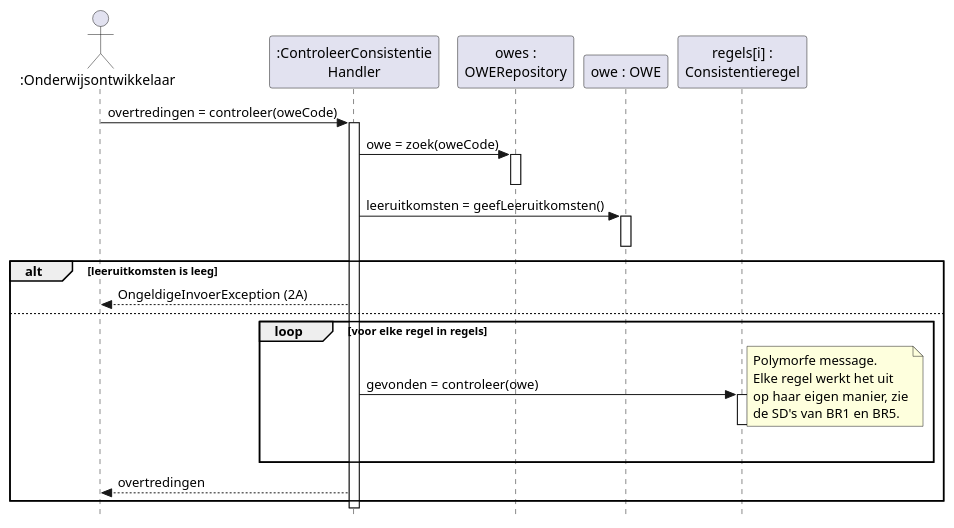
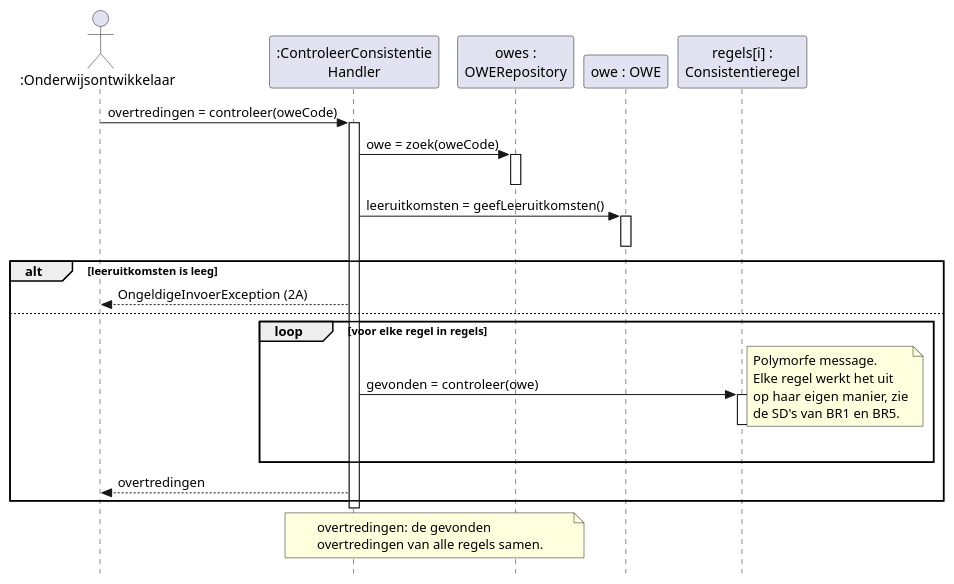
Before and after one commit to HAN-Craftsmanship-KL-JJG/casus: the diagram in docs/diagrams/sd-uc05-controleer.puml, drawn with PlantUML. The commit also changed 5 other files, not shown here.

First line of the commit message:
docs: fix gaps between sequence diagrams and use cases

```diff
--- a/docs/diagrams/sd-uc05-controleer.puml
+++ b/docs/diagrams/sd-uc05-controleer.puml
@@ -1,40 +1,44 @@
 @startuml sd-uc05-controleer
 ' Sequence diagram van systeemoperatie controleer (UC05, stap 1 tot en met 3).
 ' Toelichting: docs/sequencediagrammen.md
 skinparam style strictuml
 skinparam shadowing false
 skinparam defaultFontName Helvetica
 hide footbox
 
 actor ":Onderwijsontwikkelaar" as ontwikkelaar
 participant ":ControleerConsistentie\nHandler" as handler
 participant "owes :\nOWERepository" as owes
 participant "owe : OWE" as owe
 participant "regels[i] :\nConsistentieregel" as regel
 
 ontwikkelaar -> handler : overtredingen = controleer(oweCode)
 activate handler
 handler -> owes : owe = zoek(oweCode)
 activate owes
 deactivate owes
 handler -> owe : leeruitkomsten = geefLeeruitkomsten()
 activate owe
 deactivate owe
 alt leeruitkomsten is leeg
   handler --> ontwikkelaar : OngeldigeInvoerException (2A)
 else
   loop voor elke regel in regels
     handler -> regel : gevonden = controleer(owe)
     activate regel
     note right
       Polymorfe message.
       Elke regel werkt het uit
       op haar eigen manier, zie
       de SD's van BR1 en BR5.
     end note
     deactivate regel
   end
   handler --> ontwikkelaar : overtredingen
 end
 deactivate handler
+note over handler, owes
+  overtredingen: de gevonden
+  overtredingen van alle regels samen.
+end note
 @enduml
```
